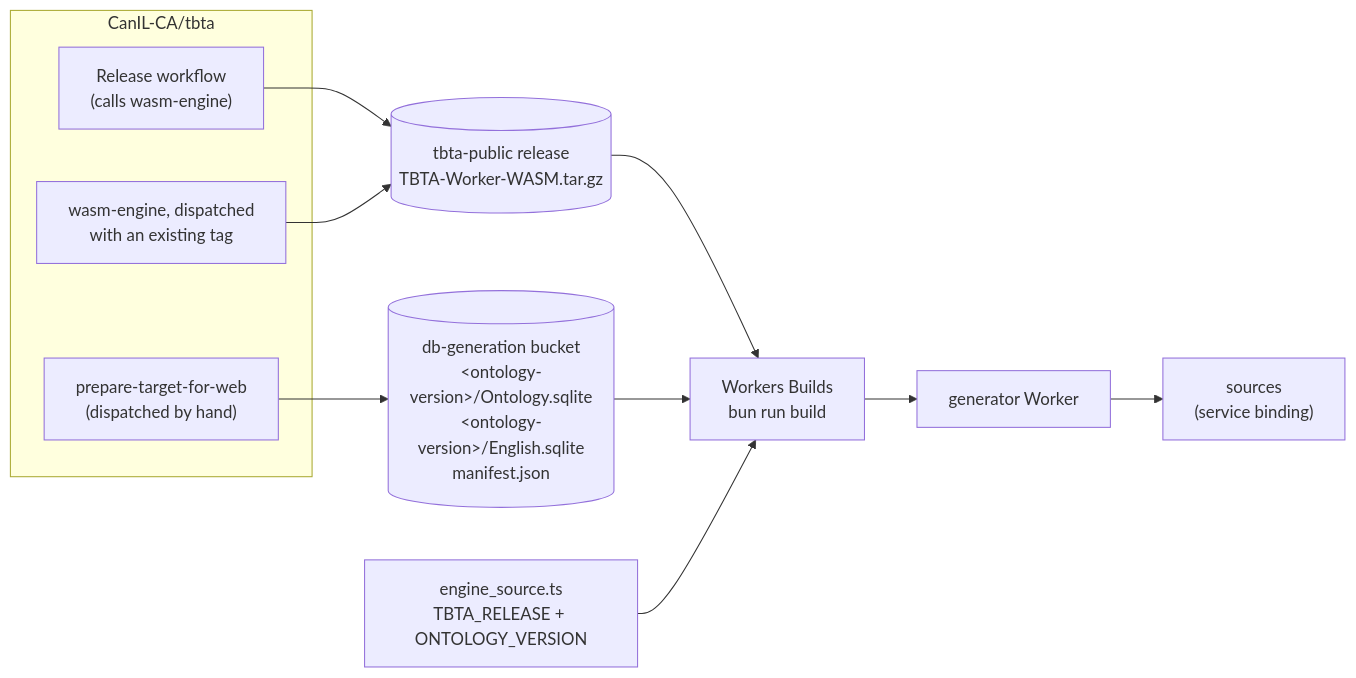
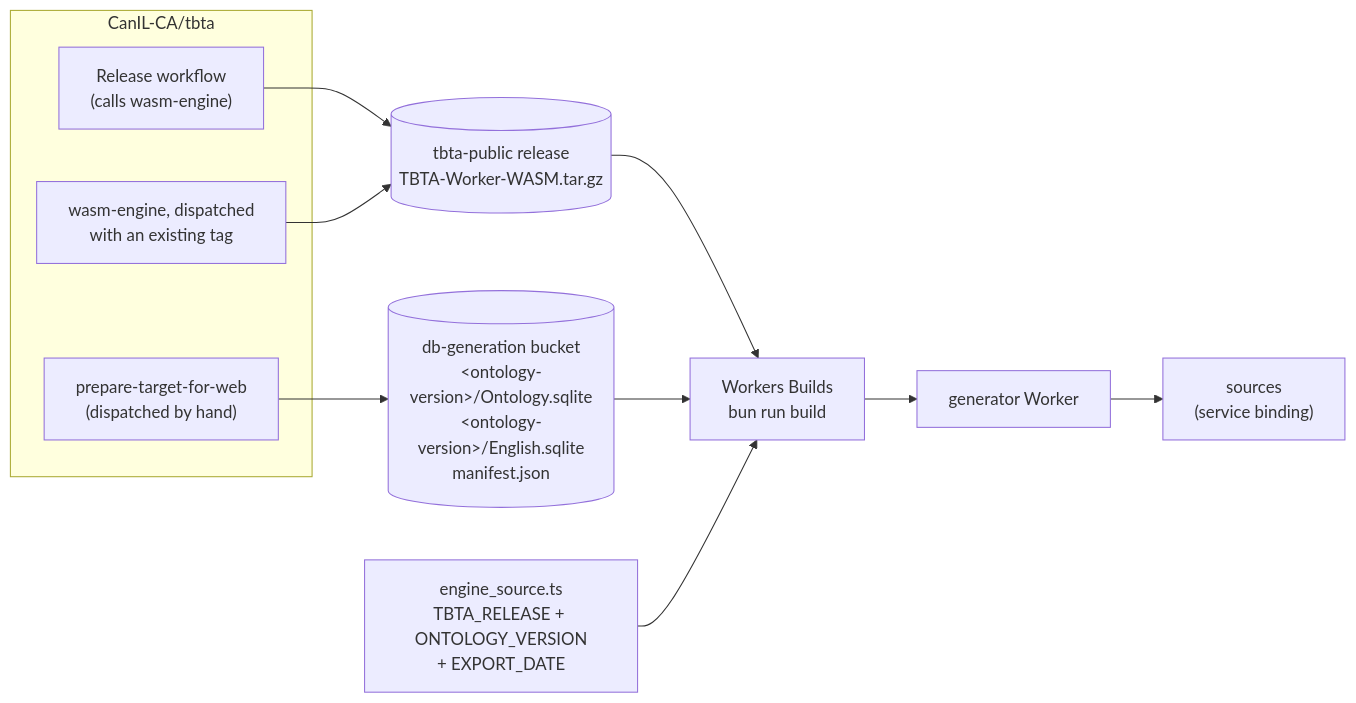
The diagram in apps/generator/README.md (CanIL-CA/tabitha), drawn with Mermaid before and after one commit. The commit also changed other lines of this file and 4 other files, not shown here.

First line of the commit message:
feat(generator): pin the English export by its date

````diff
--- a/apps/generator/README.md
+++ b/apps/generator/README.md
@@ -31,22 +31,22 @@
 ```mermaid
 flowchart LR
 	subgraph tbta["CanIL-CA/tbta"]
 		release["Release workflow<br/>(calls wasm-engine)"]
 		dispatch["wasm-engine, dispatched<br/>with an existing tag"]
 		prep["prepare-target-for-web<br/>(dispatched by hand)"]
 	end
 	public[("tbta-public release<br/>TBTA-Worker-WASM.tar.gz")]
 	bucket[("db-generation bucket<br/>&lt;ontology-version&gt;/Ontology.sqlite<br/>&lt;ontology-version&gt;/English.sqlite<br/>manifest.json")]
-	pin["engine_source.ts<br/>TBTA_RELEASE + ONTOLOGY_VERSION"]
+	pin["engine_source.ts<br/>TBTA_RELEASE + ONTOLOGY_VERSION<br/>+ EXPORT_DATE"]
 	build["Workers Builds<br/>bun run build"]
 	worker["generator Worker"]
 	sources["sources<br/>(service binding)"]
 
 	release --> public
 	dispatch --> public
 	prep --> bucket
 	public --> build
 	bucket --> build
 	pin --> build
 	build --> worker --> sources
 ```
````
